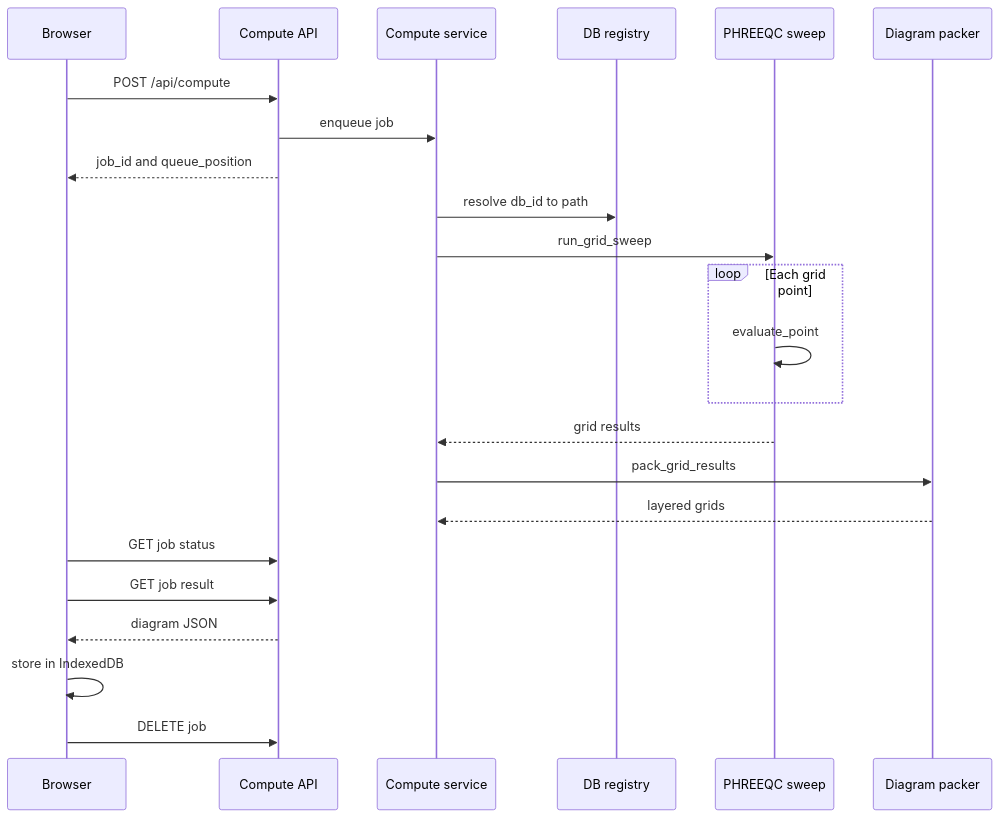
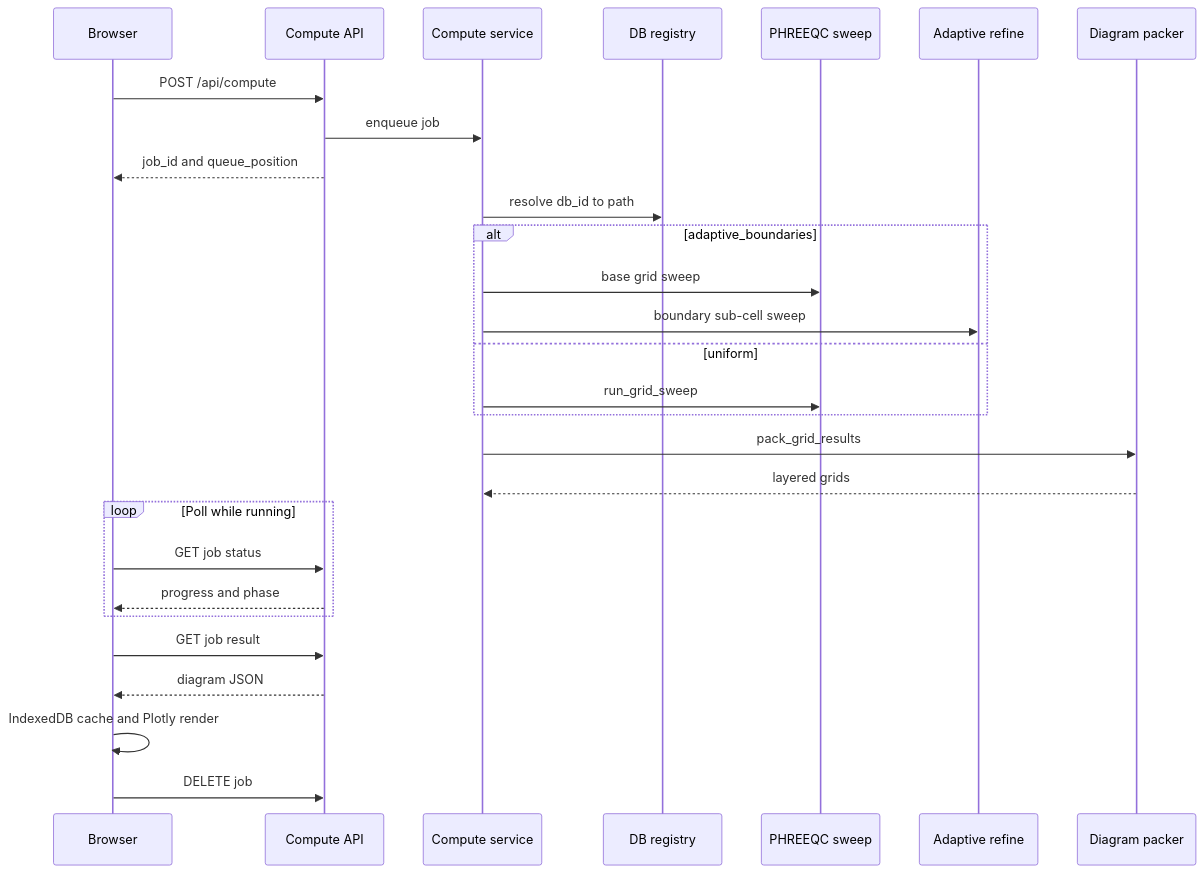
The second of 2 diagrams in README.md (Matteo-Loche/Phaser), drawn with Mermaid before and after one commit. The commit also changed other lines of this file and 9 other files, not shown here.

````diff
--- a/README.md
+++ b/README.md
@@ -335,26 +402,31 @@
 ```mermaid
 sequenceDiagram
     participant UI as Browser
     participant API as Compute API
     participant Job as Compute service
     participant Reg as DB registry
     participant Sw as PHREEQC sweep
+    participant Ad as Adaptive refine
     participant Pack as Diagram packer
 
     UI->>API: POST /api/compute
     API->>Job: enqueue job
     API-->>UI: job_id and queue_position
     Job->>Reg: resolve db_id to path
-    Job->>Sw: run_grid_sweep
-    loop Each grid point
-        Sw->>Sw: evaluate_point
+    alt adaptive_boundaries
+        Job->>Sw: base grid sweep
+        Job->>Ad: boundary sub-cell sweep
+    else uniform
+        Job->>Sw: run_grid_sweep
     end
-    Sw-->>Job: grid results
     Job->>Pack: pack_grid_results
     Pack-->>Job: layered grids
-    UI->>API: GET job status
+    loop Poll while running
+        UI->>API: GET job status
+        API-->>UI: progress and phase
+    end
     UI->>API: GET job result
     API-->>UI: diagram JSON
-    UI->>UI: store in IndexedDB
+    UI->>UI: IndexedDB cache and Plotly render
     UI->>API: DELETE job
 ```
````
